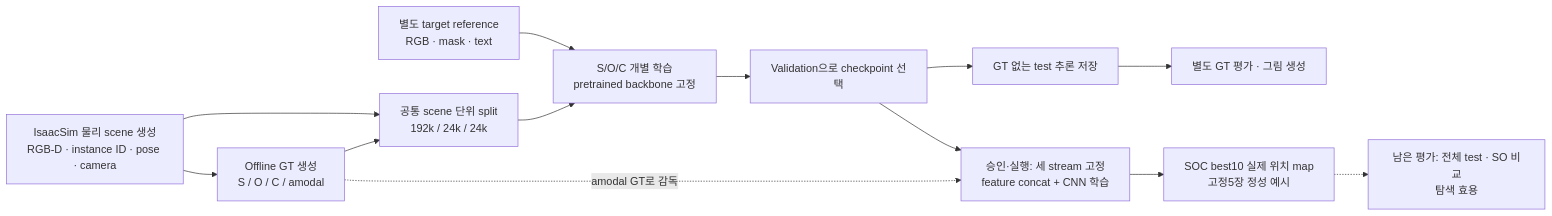
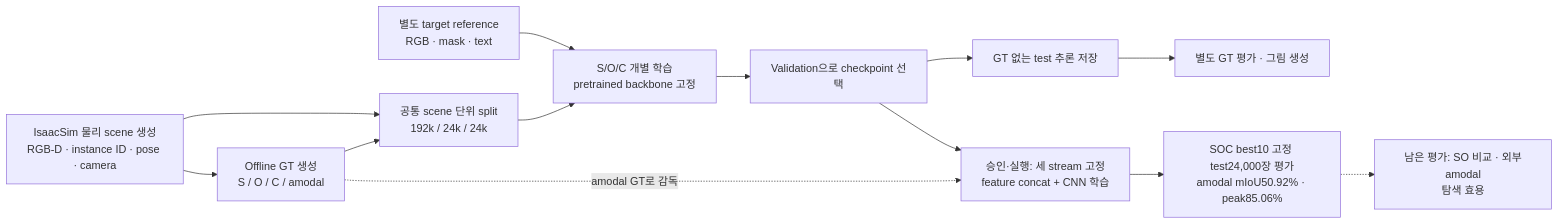
Before and after one commit to JeonHaneul/2D-PDM_DINOv3: the diagram in framework_guide.md, drawn with Mermaid. The commit also changed other lines of this file and 19 other files, not shown here.

Commit message:
docs: publish SOC test results and clarify evaluation metrics

````diff
--- a/framework_guide.md
+++ b/framework_guide.md
@@ -29,15 +30,15 @@
 ```mermaid
 flowchart LR
     A["IsaacSim 물리 scene 생성<br/>RGB-D · instance ID · pose · camera"] --> G["Offline GT 생성<br/>S / O / C / amodal"]
     A --> I["공통 scene 단위 split<br/>192k / 24k / 24k"]
     G --> I
     R["별도 target reference<br/>RGB · mask · text"] --> T["S/O/C 개별 학습<br/>pretrained backbone 고정"]
     I --> T
     T --> V["Validation으로 checkpoint 선택"]
     V --> P["GT 없는 test 추론 저장"]
     P --> E["별도 GT 평가 · 그림 생성"]
     V --> F["승인·실행: 세 stream 고정<br/>feature concat + CNN 학습"]
     G -.->|"amodal GT로 감독"| F
-    F --> Q["SOC best10 실제 위치 map<br/>고정5장 정성 예시"]
-    Q -.-> Z["남은 평가: 전체 test · SO 비교<br/>탐색 효용"]
+    F --> Q["SOC best10 고정 test24,000장 평가<br/>amodal mIoU50.92% · peak85.06%"]
+    Q -.-> Z["남은 평가: SO 비교 · 외부amodal<br/>탐색 효용"]
 ```
````
